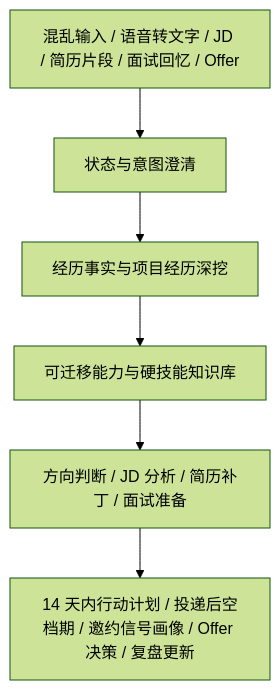
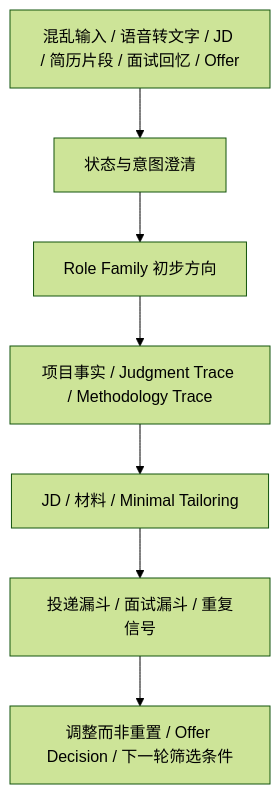
One commit to Errno722/CCC-career-cognition-compass changed the diagram in README.md. Above: the diagram before and after it, drawn with Mermaid (forest theme). The commit also changed other lines of this file and 25 other files, not shown here.

````diff
--- a/README.md
+++ b/README.md
@@ -116,8 +120,9 @@
 ```mermaid
 flowchart TD
   A["混乱输入 / 语音转文字 / JD / 简历片段 / 面试回忆 / Offer"] --> B["状态与意图澄清"]
-  B --> C["经历事实与项目经历深挖"]
-  C --> D["可迁移能力与硬技能知识库"]
-  D --> E["方向判断 / JD 分析 / 简历补丁 / 面试准备"]
-  E --> F["14 天内行动计划 / 投递后空档期 / 邀约信号画像 / Offer 决策 / 复盘更新"]
+  B --> C["Role Family 初步方向"]
+  C --> D["项目事实 / Judgment Trace / Methodology Trace"]
+  D --> E["JD / 材料 / Minimal Tailoring"]
+  E --> F["投递漏斗 / 面试漏斗 / 重复信号"]
+  F --> G["调整而非重置 / Offer Decision / 下一轮筛选条件"]
 ```
````
